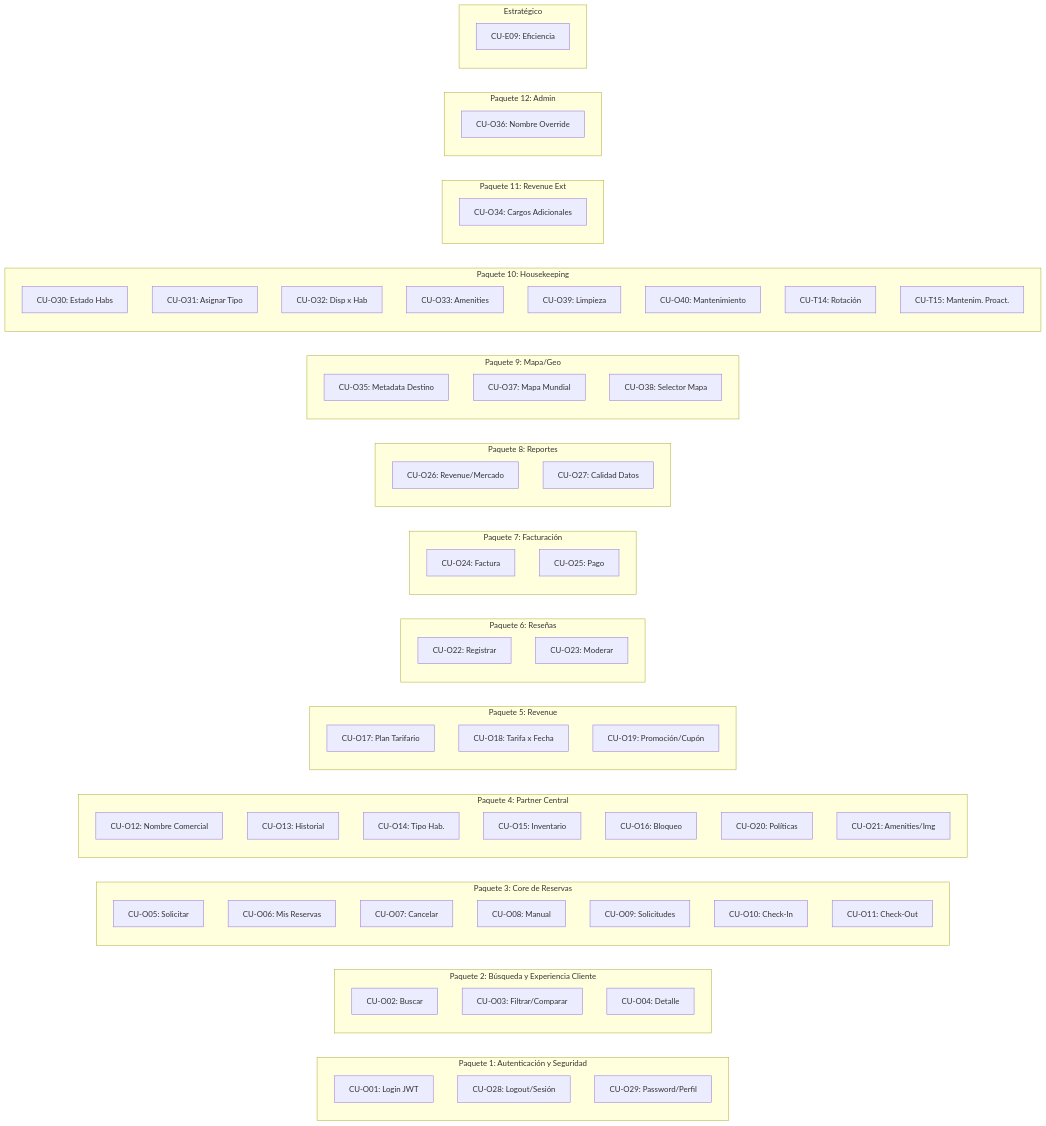
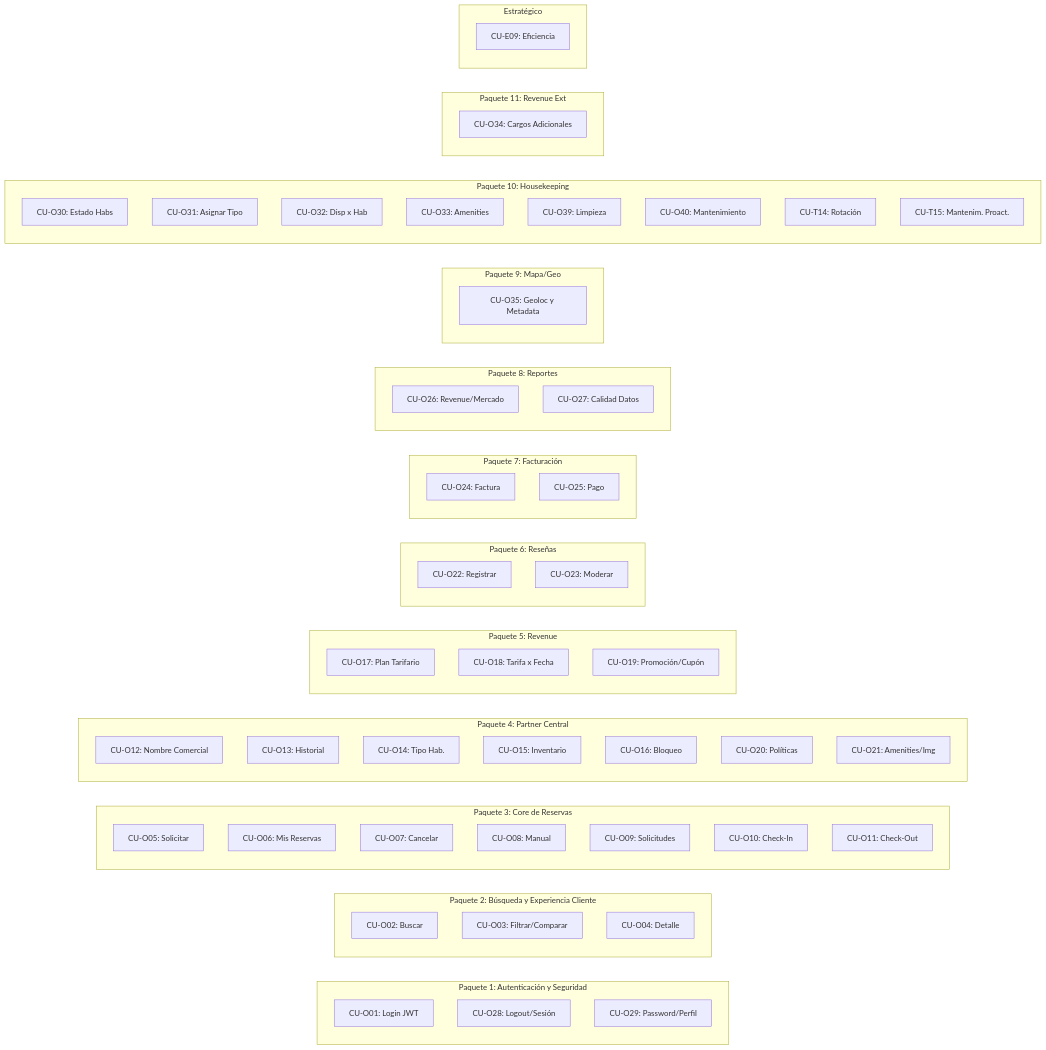
Before and after one commit to Heiner-ZZZ/HotelData: the second of 13 diagrams in docs/library/TA07_UML.md, drawn with Mermaid. The commit also changed other lines of this file and 1 other file, not shown here.

Commit message:
docs: actualizar especificaciones y UML TA07

```diff
--- a/docs/library/TA07_UML.md
+++ b/docs/library/TA07_UML.md
@@ -138,9 +137,7 @@
   end
 
   subgraph "Paquete 9: Mapa/Geo"
-    CU35[CU-O35: Metadata Destino]
-    CU37[CU-O37: Mapa Mundial]
-    CU38[CU-O38: Selector Mapa]
+    CU35[CU-O35: Geoloc y Metadata]
   end
 
   subgraph "Paquete 10: Housekeeping"
@@ -158,9 +155,7 @@
     CU34[CU-O34: Cargos Adicionales]
   end
 
-  subgraph "Paquete 12: Admin"
-    CU36[CU-O36: Nombre Override]
-  end
+
 
   subgraph "Estratégico"
     UE09[CU-E09: Eficiencia]
```
